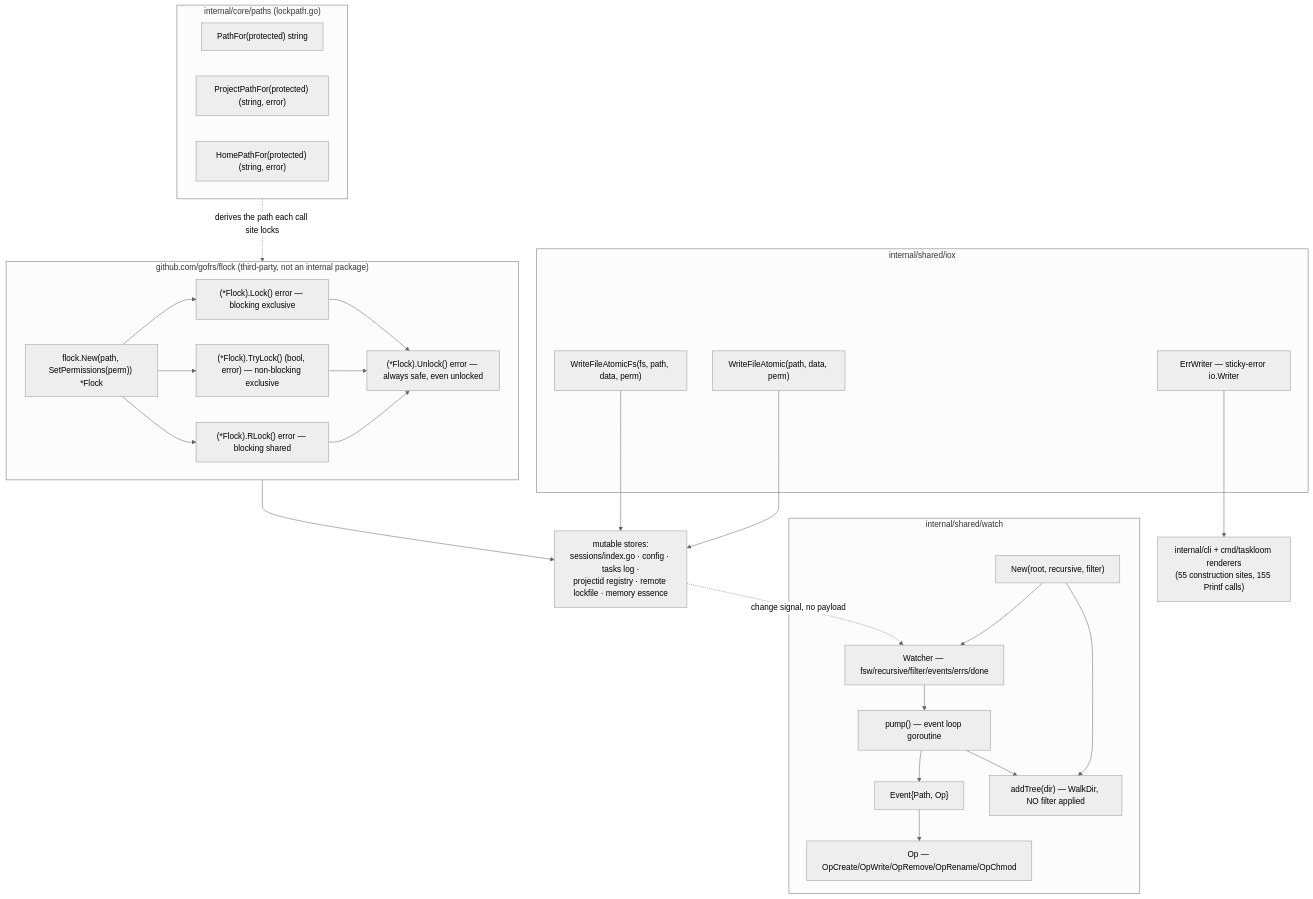
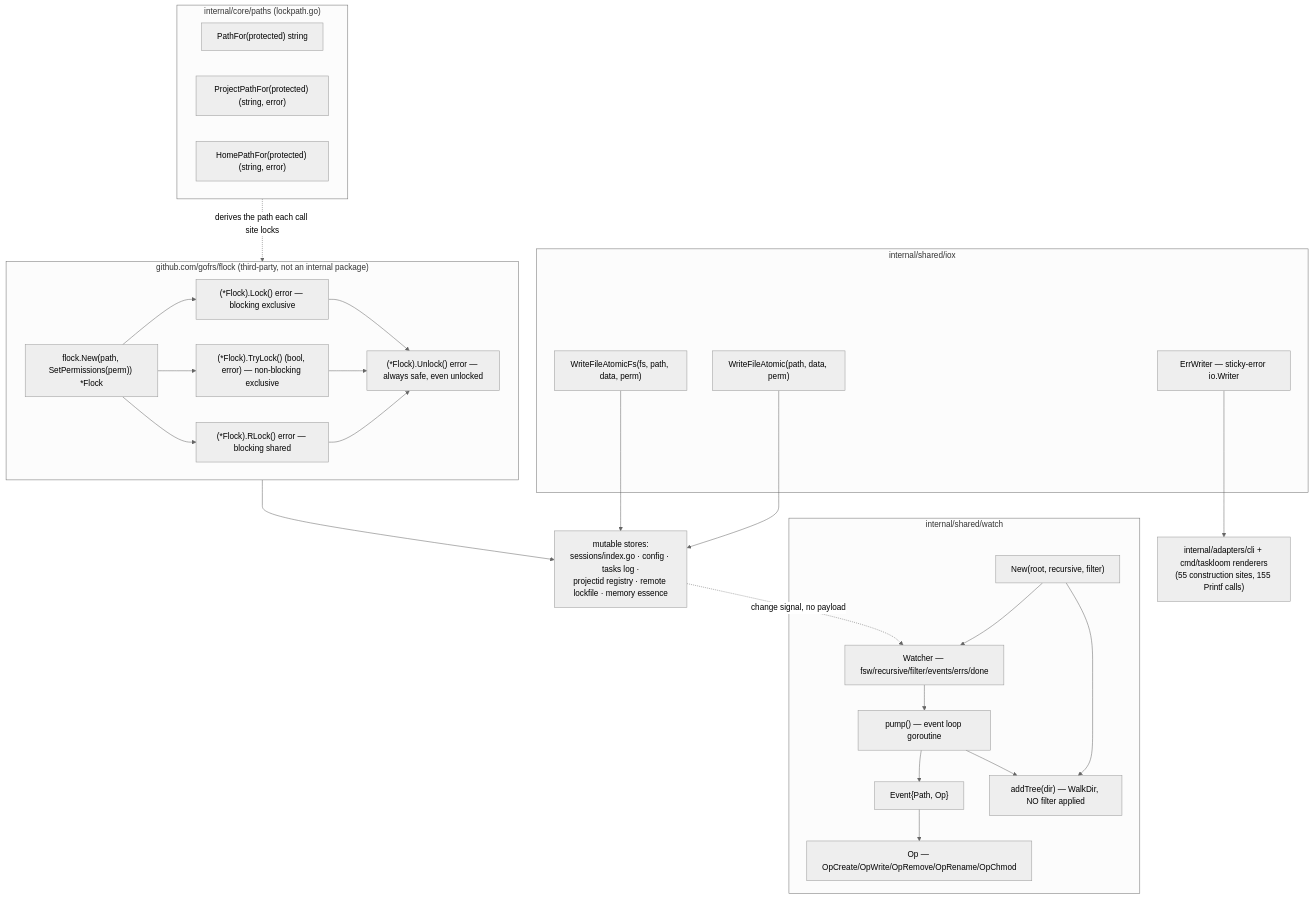
Before and after one commit to ctxloom/ctxloom: the diagram in docs/architecture/shared/filesystem-io.md, drawn with Mermaid (neutral theme). The commit also changed other lines of this file and 2489 other files, not shown here.

First line of the commit message:
refactor(arch): move the adapters ring into internal/adapters

````diff
--- a/docs/architecture/shared/filesystem-io.md
+++ b/docs/architecture/shared/filesystem-io.md
@@ -9,44 +9,44 @@
 ```mermaid
 flowchart TD
   subgraph iox["internal/shared/iox"]
     WFA["WriteFileAtomic(path, data, perm)"]
     WFAF["WriteFileAtomicFs(fs, path, data, perm)"]
     EW["ErrWriter — sticky-error io.Writer"]
   end
 
   subgraph fl["github.com/gofrs/flock (third-party, not an internal package)"]
     FN["flock.New(path, SetPermissions(perm)) *Flock"]
     FL["(*Flock).Lock() error — blocking exclusive"]
     FT["(*Flock).TryLock() (bool, error) — non-blocking exclusive"]
     FR["(*Flock).RLock() error — blocking shared"]
     FU["(*Flock).Unlock() error — always safe, even unlocked"]
     FN --> FL & FT & FR
     FL & FT & FR --> FU
   end
   subgraph pp["internal/core/paths (lockpath.go)"]
     PF["PathFor(protected) string"]
     PPF["ProjectPathFor(protected) (string, error)"]
     HPF["HomePathFor(protected) (string, error)"]
   end
   pp -.->|"derives the path each call site locks"| fl
 
   subgraph wt["internal/shared/watch"]
     NEW["New(root, recursive, filter)"]
     W["Watcher — fsw/recursive/filter/events/errs/done"]
     EV["Event{Path, Op}"]
     OP["Op — OpCreate/OpWrite/OpRemove/OpRename/OpChmod"]
     AT["addTree(dir) — WalkDir, NO filter applied"]
     PUMP["pump() — event loop goroutine"]
     NEW --> W
     W --> PUMP --> EV --> OP
     NEW --> AT
     PUMP --> AT
   end
 
   stores["mutable stores:<br/>sessions/index.go · config · tasks log ·<br/>projectid registry · remote lockfile · memory essence"]
   fl --> stores
   WFA --> stores
   WFAF --> stores
   stores -.->|"change signal, no payload"| W
-  EW --> cli["internal/cli + cmd/taskloom renderers<br/>(55 construction sites, 155 Printf calls)"]
+  EW --> cli["internal/adapters/cli + cmd/taskloom renderers<br/>(55 construction sites, 155 Printf calls)"]
 ```
````
